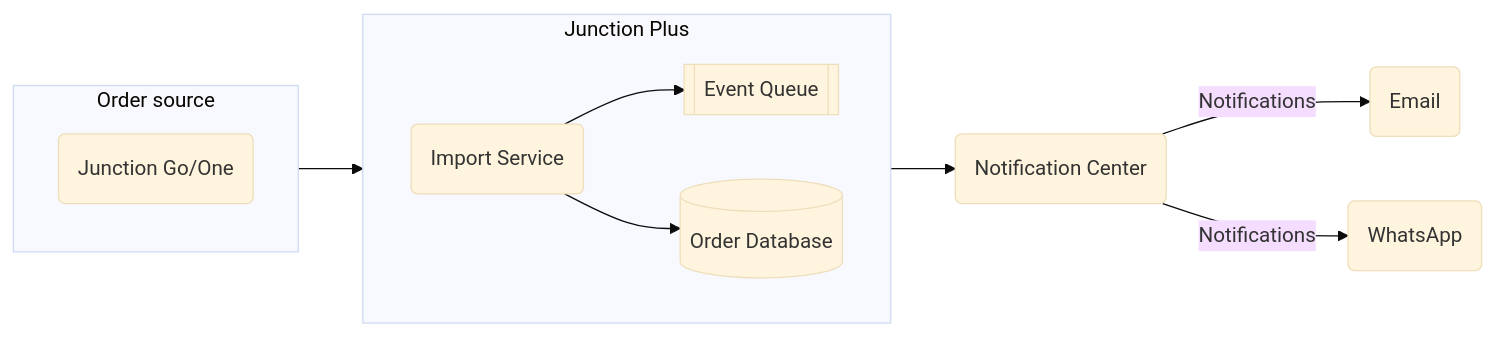
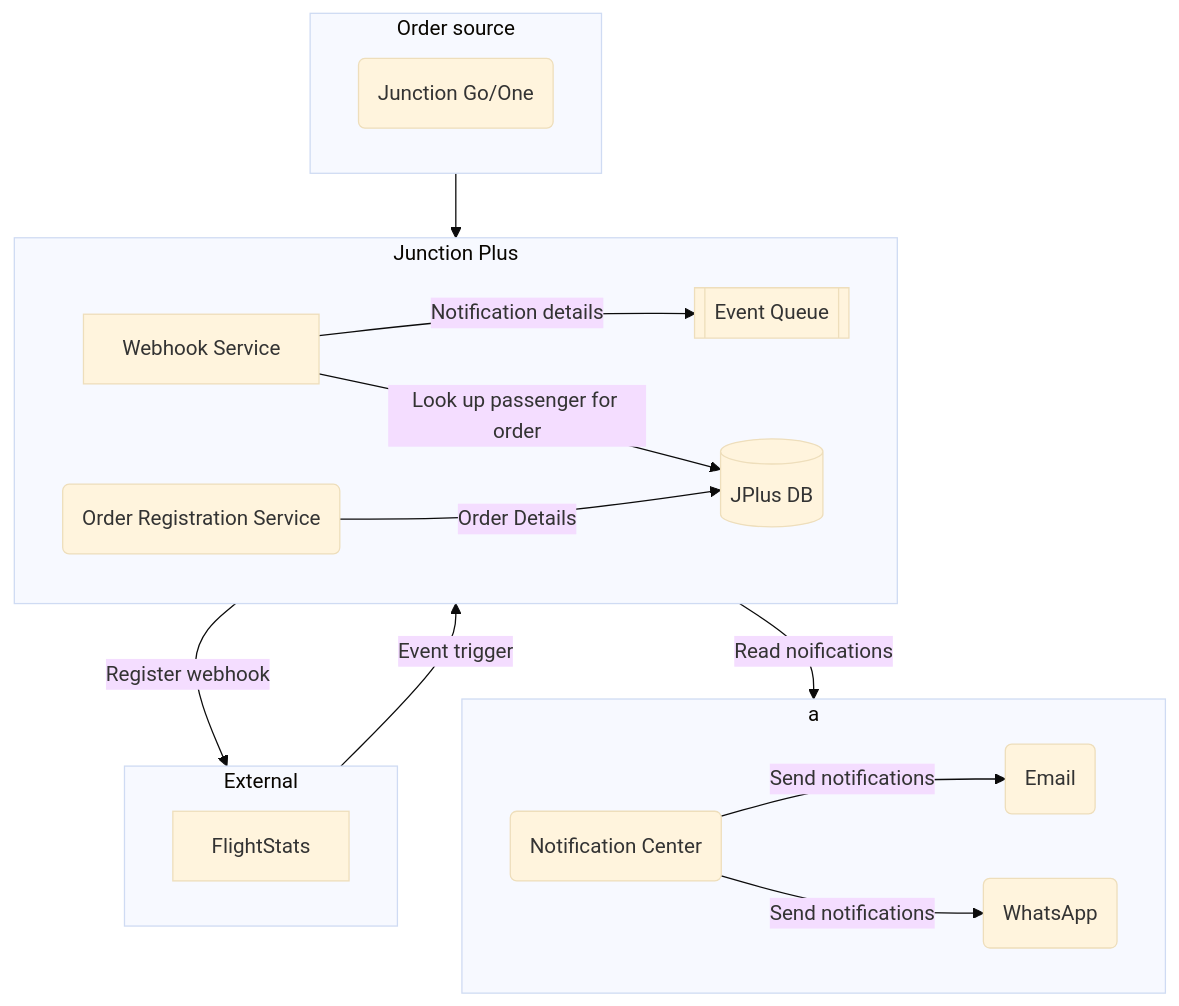
The second of 6 diagrams in docs/engineering/docs/projects/junction/plus.md (marimargaryan86/performancetesting), drawn with Mermaid (base theme) before and after one commit. The commit also changed other lines of this file, not shown here.

````diff
--- a/docs/engineering/docs/projects/junction/plus.md
+++ b/docs/engineering/docs/projects/junction/plus.md
@@ -85,28 +76,40 @@
 ```mermaid
-flowchart LR
+flowchart TB
     direction TB
 
     subgraph OS[Order source]
-    JGO(Junction Go/One)
+        JGO(Junction Go/One)
     end
 
-    OS-->I
+    subgraph EX[External]
+        FS[FlightStats]
+    end
+
+    OS-->ORS
     subgraph JP[Junction Plus]
         direction LR
-        I(Import Service)
-        OD[(Order Database)]
+        ORS(Order Registration Service)
+        DB[(JPlus DB)]
         EQ[[Event Queue]]
+        WHS[Webhook Service]
 
-        I-->EQ
-        I-->OD
+        WHS-->|Notification details|EQ
+        ORS-->|Order Details|DB
     end
 
     NC(Notification Center)
     E(Email)
     WA(WhatsApp)
 
-    EQ-->NC
-    NC-->|Notifications|E
-    NC-->|Notifications|WA
+    ORS-->|Register webhook|EX
+    EX-->|Event trigger|WHS
+    WHS-->|Look up passenger for order|DB
+    EQ-->|Read noifications|NC
+
+    subgraph a
+    direction LR
+    NC-->|Send notifications|E
+    NC-->|Send notifications|WA
+    end
 
 ```
````
